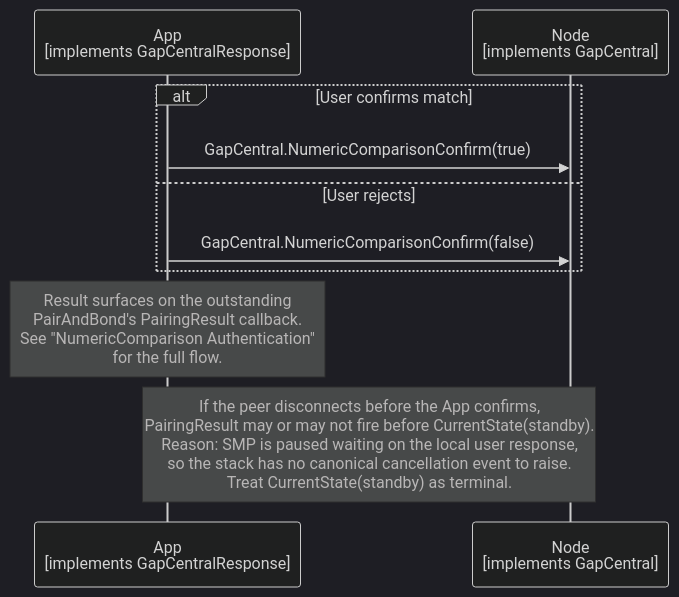
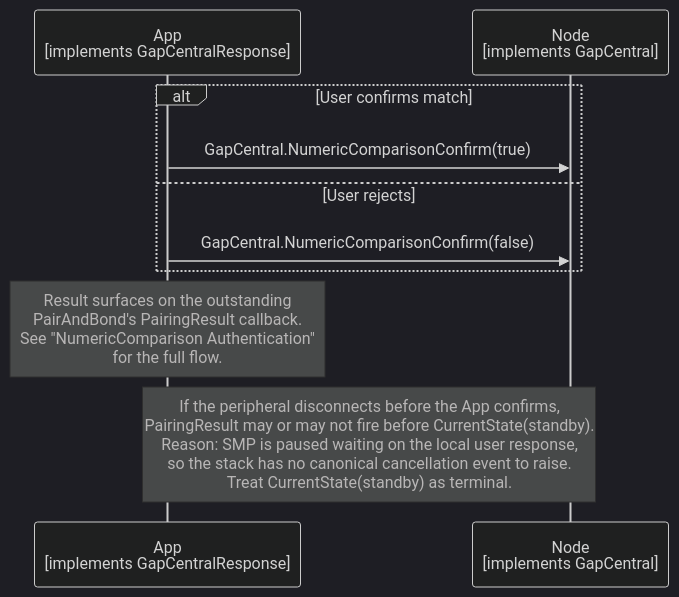
The diagram in documents/modules/ROOT/partials/echoservices/gap_central/GapCentral_NumericComparisonConfirm_sequence.mmd (philips-software/amp-embedded-infra-lib), drawn with Mermaid (dark theme) before and after one commit. The commit also changed 10 other files, not shown here.

Commit message:
peer -> peripheral naming

```diff
--- a/documents/modules/ROOT/partials/echoservices/gap_central/GapCentral_NumericComparisonConfirm_sequence.mmd
+++ b/documents/modules/ROOT/partials/echoservices/gap_central/GapCentral_NumericComparisonConfirm_sequence.mmd
@@ -1,12 +1,12 @@
 sequenceDiagram
     participant App as App<br>[implements GapCentralResponse]
     participant Node as Node<br>[implements GapCentral]
 
     alt User confirms match
         App->>Node: GapCentral.NumericComparisonConfirm(true)
     else User rejects
         App->>Node: GapCentral.NumericComparisonConfirm(false)
     end
 
     Note over App: Result surfaces on the outstanding<br>PairAndBond's PairingResult callback.<br>See "NumericComparison Authentication"<br>for the full flow.
-    Note over App, Node: If the peer disconnects before the App confirms,<br>PairingResult may or may not fire before CurrentState(standby).<br>Reason: SMP is paused waiting on the local user response,<br>so the stack has no canonical cancellation event to raise.<br>Treat CurrentState(standby) as terminal.
+    Note over App, Node: If the peripheral disconnects before the App confirms,<br>PairingResult may or may not fire before CurrentState(standby).<br>Reason: SMP is paused waiting on the local user response,<br>so the stack has no canonical cancellation event to raise.<br>Treat CurrentState(standby) as terminal.
```
